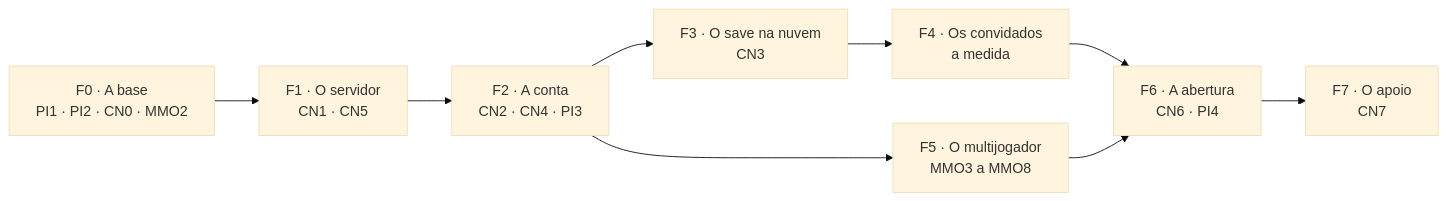
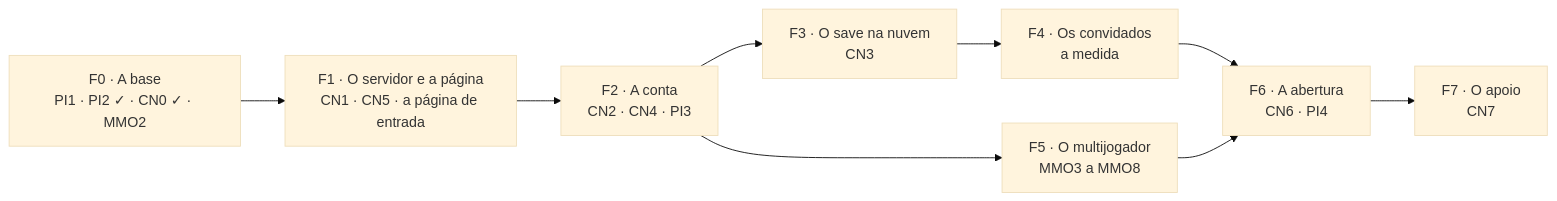
Before and after one commit to matheusmmmp/digilab: the first of 2 diagrams in docs/ROADMAP_V3_CONTA.md, drawn with Mermaid (base theme). The commit also changed other lines of this file and 1 other file, not shown here.

Commit message:
CONTA: a integracao das telas e o plano de desenvolvimento no roadmap (RC-5 a RC-8, PROPOSTO)

````diff
--- a/docs/ROADMAP_V3_CONTA.md
+++ b/docs/ROADMAP_V3_CONTA.md
@@ -33,11 +33,11 @@
 ```mermaid
 flowchart LR
-  F0["F0 · A base<br/>PI1 · PI2 · CN0 · MMO2"] --> F1["F1 · O servidor<br/>CN1 · CN5"]
+  F0["F0 · A base<br/>PI1 · PI2 ✓ · CN0 ✓ · MMO2"] --> F1["F1 · O servidor e a página<br/>CN1 · CN5 · a página de entrada"]
   F1 --> F2["F2 · A conta<br/>CN2 · CN4 · PI3"]
   F2 --> F3["F3 · O save na nuvem<br/>CN3"]
   F3 --> F4["F4 · Os convidados<br/>a medida"]
   F2 --> F5["F5 · O multijogador<br/>MMO3 a MMO8"]
   F4 --> F6["F6 · A abertura<br/>CN6 · PI4"]
   F5 --> F6
   F6 --> F7["F7 · O apoio<br/>CN7"]
 ```
````
